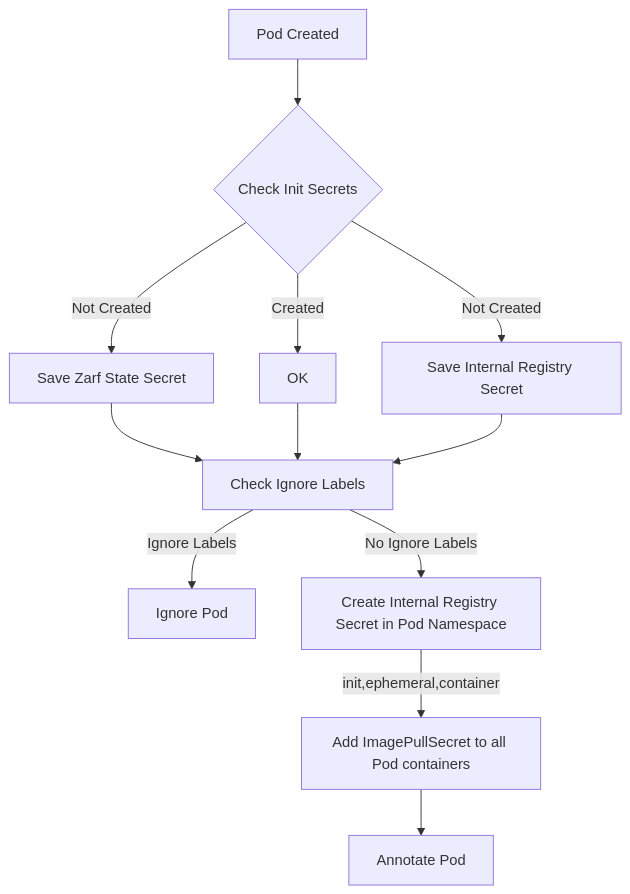
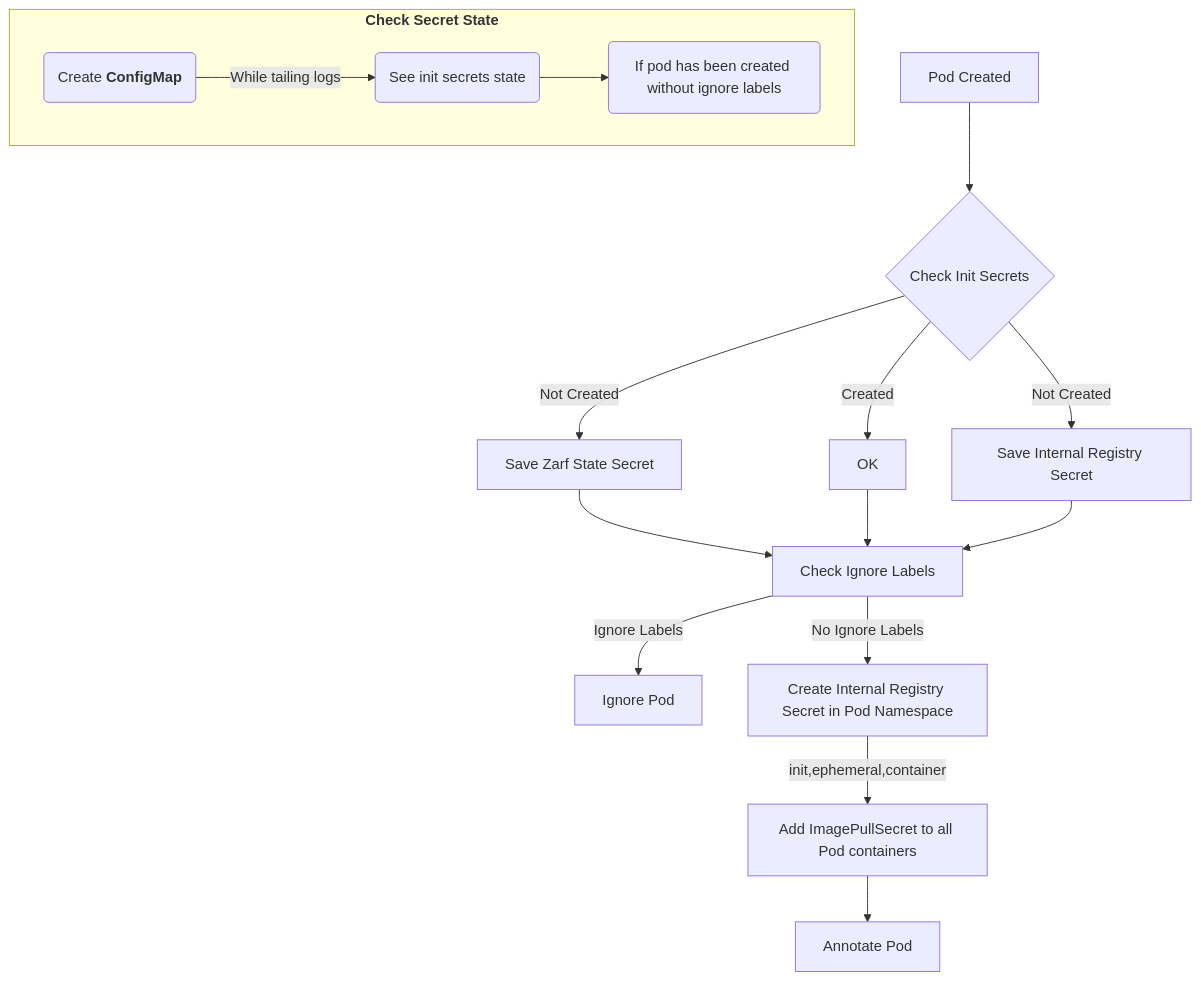
Before and after one commit to defenseunicorns/pepr-zarf-agent: the diagram in README.md, drawn with Mermaid. The commit also changed other lines of this file and 1 other file, not shown here.

Commit message:
[TASK] Detailed description and flow

````diff
--- a/README.md
+++ b/README.md
@@ -11,14 +12,18 @@
 ```mermaid
 flowchart TD
     A[Pod Created] --> B{Check Init Secrets}
     B -->|Created| C[OK]
     B -->|Not Created| E[Save Zarf State Secret]
     B -->|Not Created| F[Save Internal Registry Secret]
     E --> D[Check Ignore Labels]
     C --> D[Check Ignore Labels]
     F --> D[Check Ignore Labels]
     D -->|Ignore Labels| G[Ignore Pod]
     D -->|No Ignore Labels| H[Create Internal Registry Secret in Pod Namespace]
     H --"`init,ephemeral,container`"--> I[Add ImagePullSecret to all Pod containers]
     I --> J[Annotate Pod]
+
+subgraph "`**Check Secret State**`"
+  c("`Create **ConfigMap**`") -- "`While tailing logs`" --> d("See init secrets state") --> e("If pod has been created without ignore labels")
+end
 ```
````
